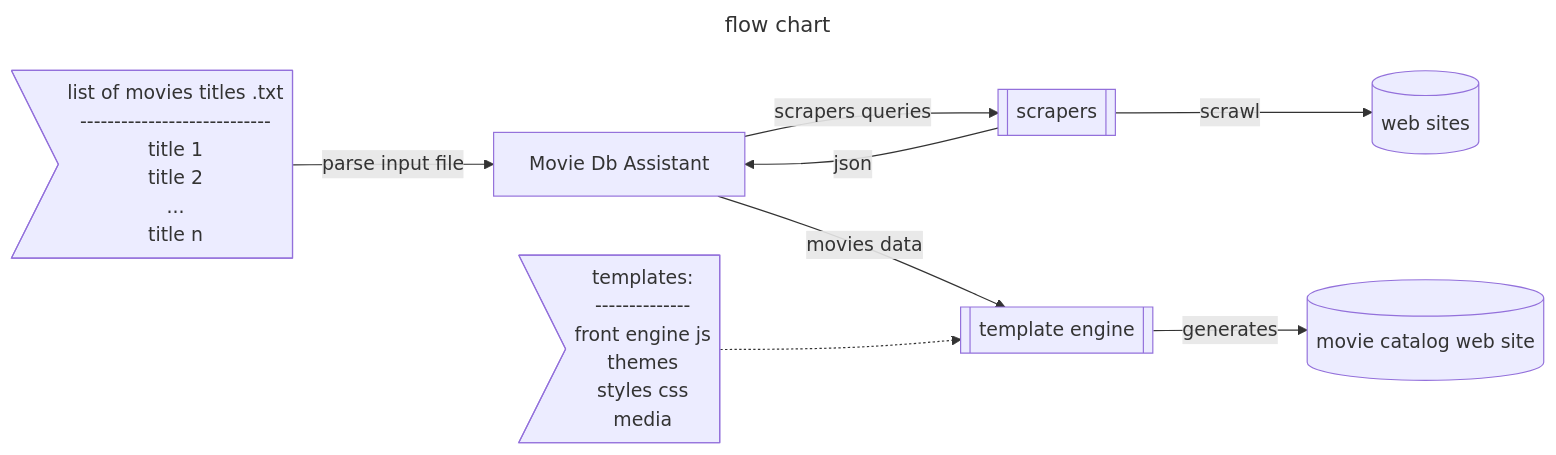
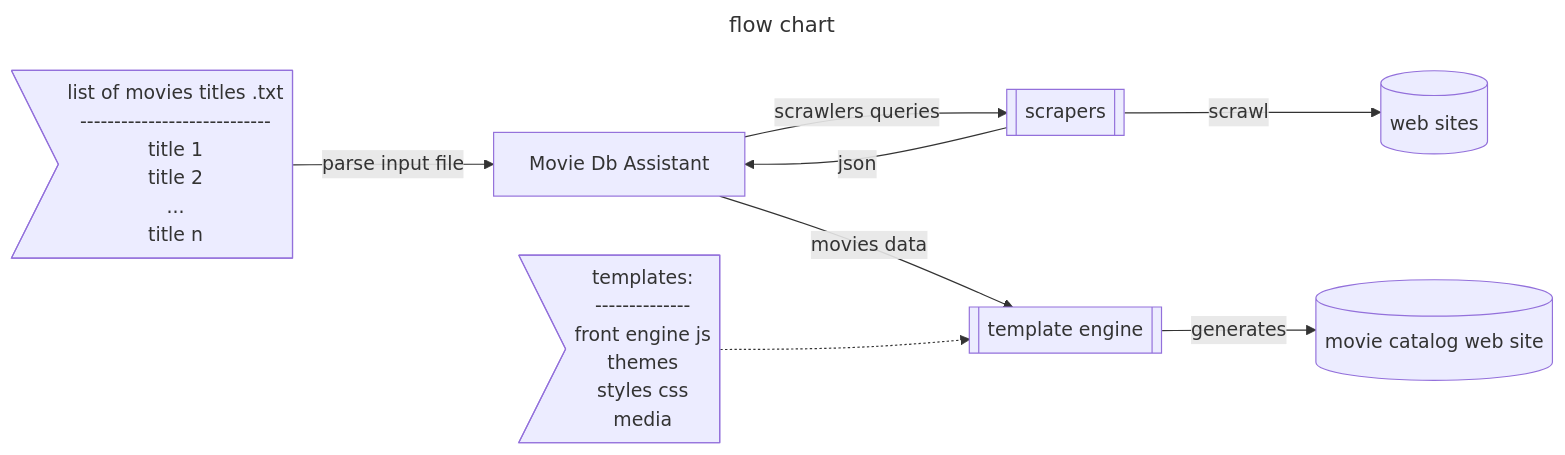
One commit to franck-gaspoz/franck-gaspoz changed the diagram in README.md. Above: the diagram before and after it, drawn with Mermaid.

````diff
--- a/README.md
+++ b/README.md
@@ -20,25 +20,25 @@
 ```mermaid
 ---
 title: flow chart
 ---
     flowchart LR
 
     txt>list of movies titles .txt<br>----------------------------<br>title 1<br>title 2<br>...<br>title n<br>]
     mdba[Movie Db Assistant]
-    scrapers[[scrapers]]
+    scrawlers[[scrapers]]
     websites[(web sites)]
     tple[[template engine]]
     tpls>templates:<br>--------------<br>front engine js<br>themes<br>styles css<br>media]
     mvc[(movie catalog web site)]
 
     txt-- parse input file -->mdba
 
-    mdba-- scrapers queries -->scrapers
+    mdba-- scrawlers queries -->scrawlers
     mdba-- movies data -->tple
 
-    scrapers-- json -->mdba
-    scrapers-- scrawl -->websites 
+    scrawlers-- json -->mdba
+    scrawlers-- scrawl -->websites 
 
     tpls-.->tple
     tple-- generates -->mvc 
 ```
````
